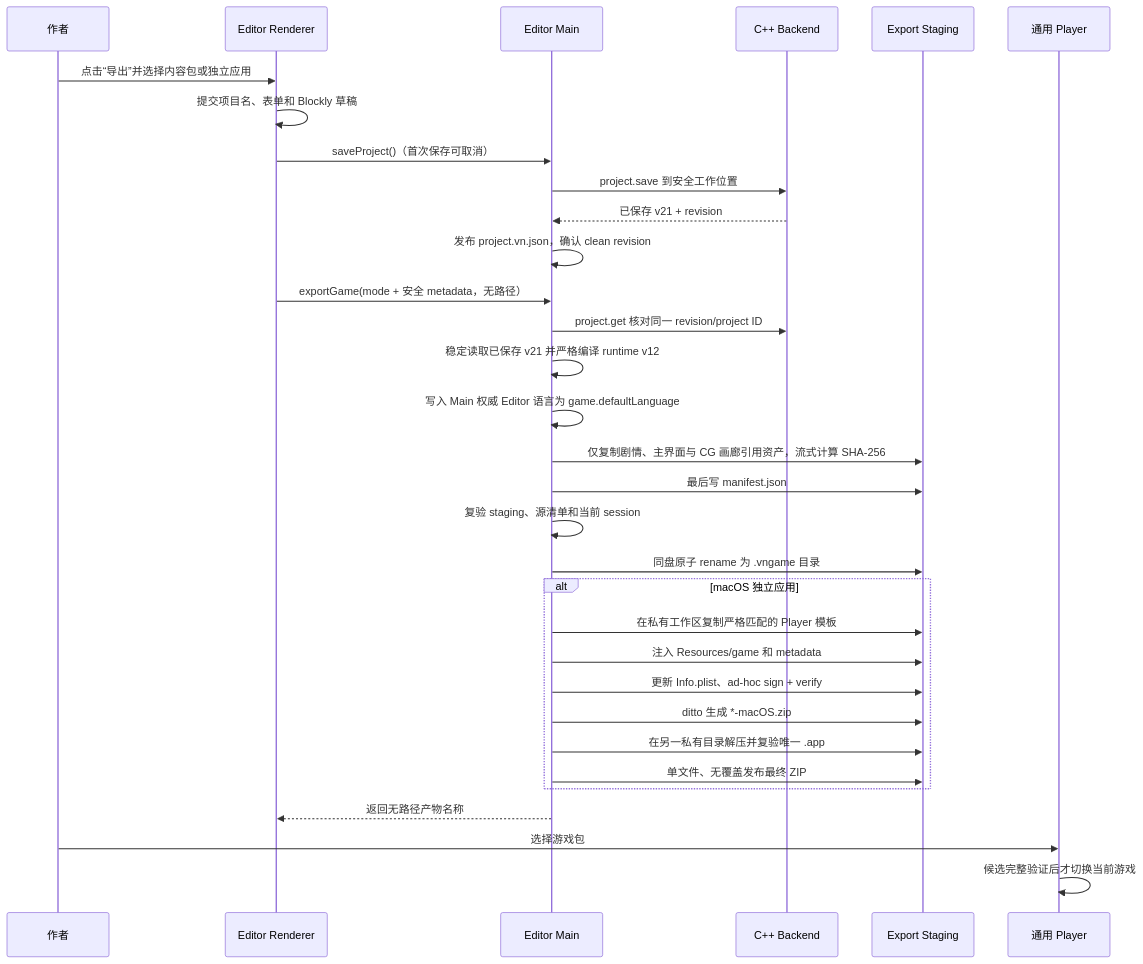
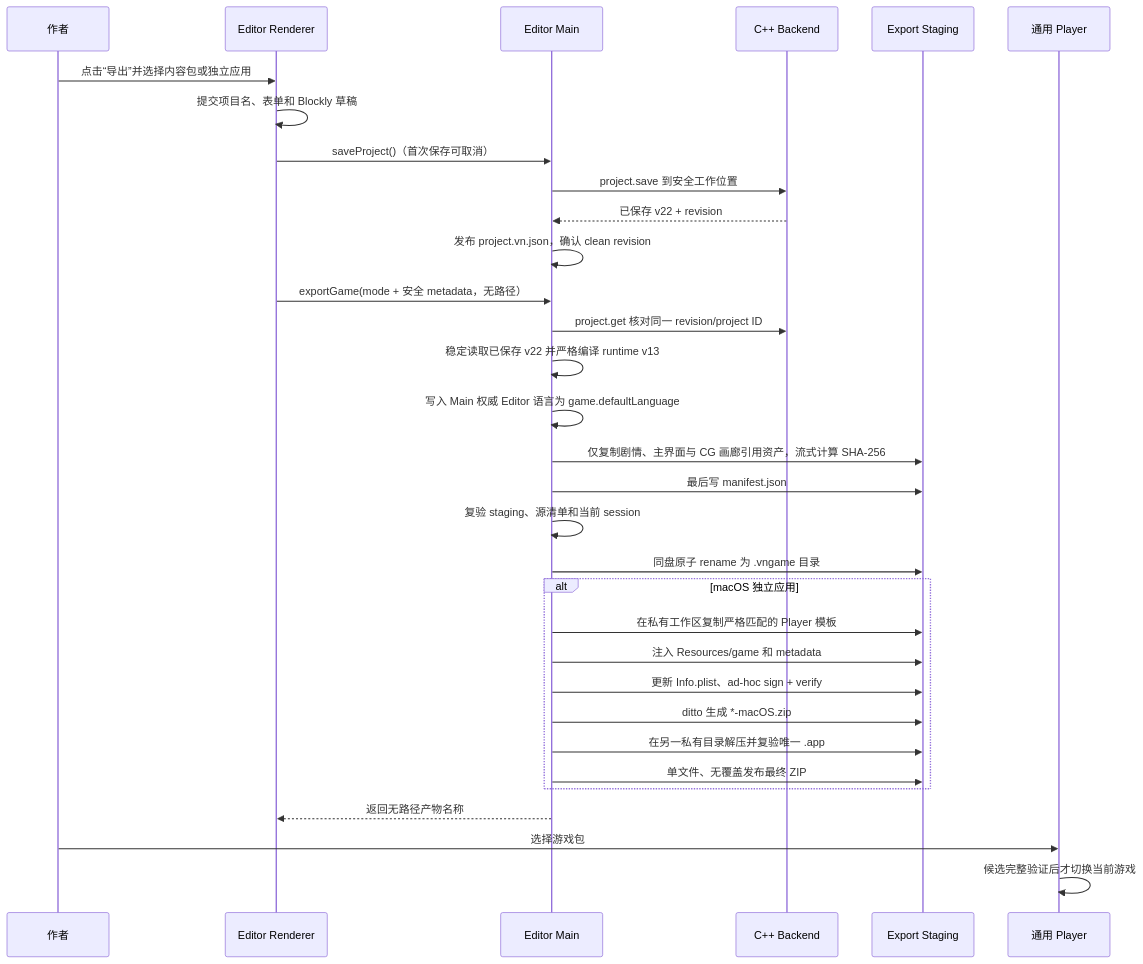
Before and after one commit to DarkboyRyan/Scratch-Novel-Engine: the second of 3 diagrams in docs/game-export-player.md, drawn with Mermaid. The commit also changed other lines of this file and 166 other files, not shown here.

````diff
--- a/docs/game-export-player.md
+++ b/docs/game-export-player.md
@@ -375,35 +391,35 @@
 ```mermaid
 sequenceDiagram
   participant User as 作者
   participant UI as Editor Renderer
   participant Main as Editor Main
   participant CPP as C++ Backend
   participant Stage as Export Staging
   participant Player as 通用 Player
 
   User->>UI: 点击“导出”并选择内容包或独立应用
   UI->>UI: 提交项目名、表单和 Blockly 草稿
   UI->>Main: saveProject()（首次保存可取消）
   Main->>CPP: project.save 到安全工作位置
-  CPP-->>Main: 已保存 v21 + revision
+  CPP-->>Main: 已保存 v22 + revision
   Main->>Main: 发布 project.vn.json，确认 clean revision
   UI->>Main: exportGame(mode + 安全 metadata，无路径）
   Main->>CPP: project.get 核对同一 revision/project ID
-  Main->>Main: 稳定读取已保存 v21 并严格编译 runtime v12
+  Main->>Main: 稳定读取已保存 v22 并严格编译 runtime v13
   Main->>Main: 写入 Main 权威 Editor 语言为 game.defaultLanguage
   Main->>Stage: 仅复制剧情、主界面与 CG 画廊引用资产，流式计算 SHA-256
   Main->>Stage: 最后写 manifest.json
   Main->>Main: 复验 staging、源清单和当前 session
   Main->>Stage: 同盘原子 rename 为 .vngame 目录
   alt macOS 独立应用
     Main->>Stage: 在私有工作区复制严格匹配的 Player 模板
     Main->>Stage: 注入 Resources/game 和 metadata
     Main->>Stage: 更新 Info.plist、ad-hoc sign + verify
     Main->>Stage: ditto 生成 *-macOS.zip
     Main->>Stage: 在另一私有目录解压并复验唯一 .app
     Main->>Stage: 单文件、无覆盖发布最终 ZIP
   end
   Main-->>UI: 返回无路径产物名称
   User->>Player: 选择游戏包
   Player->>Player: 候选完整验证后才切换当前游戏
 ```
````
